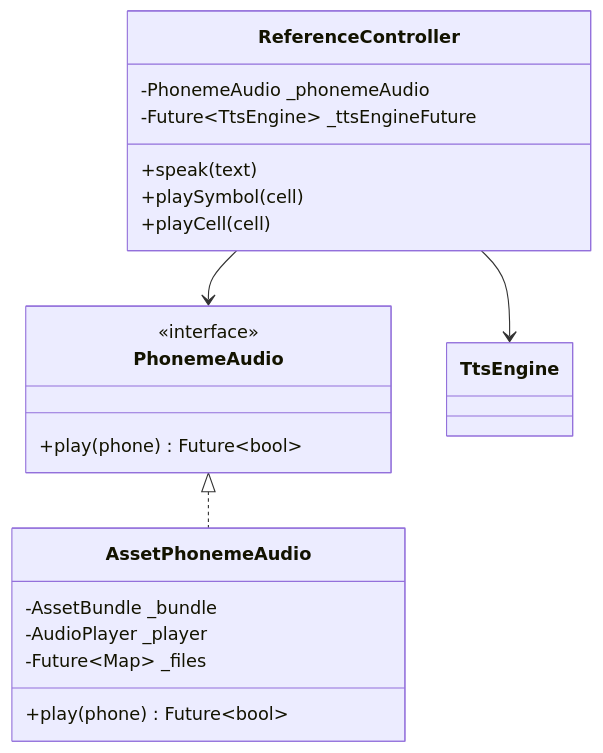
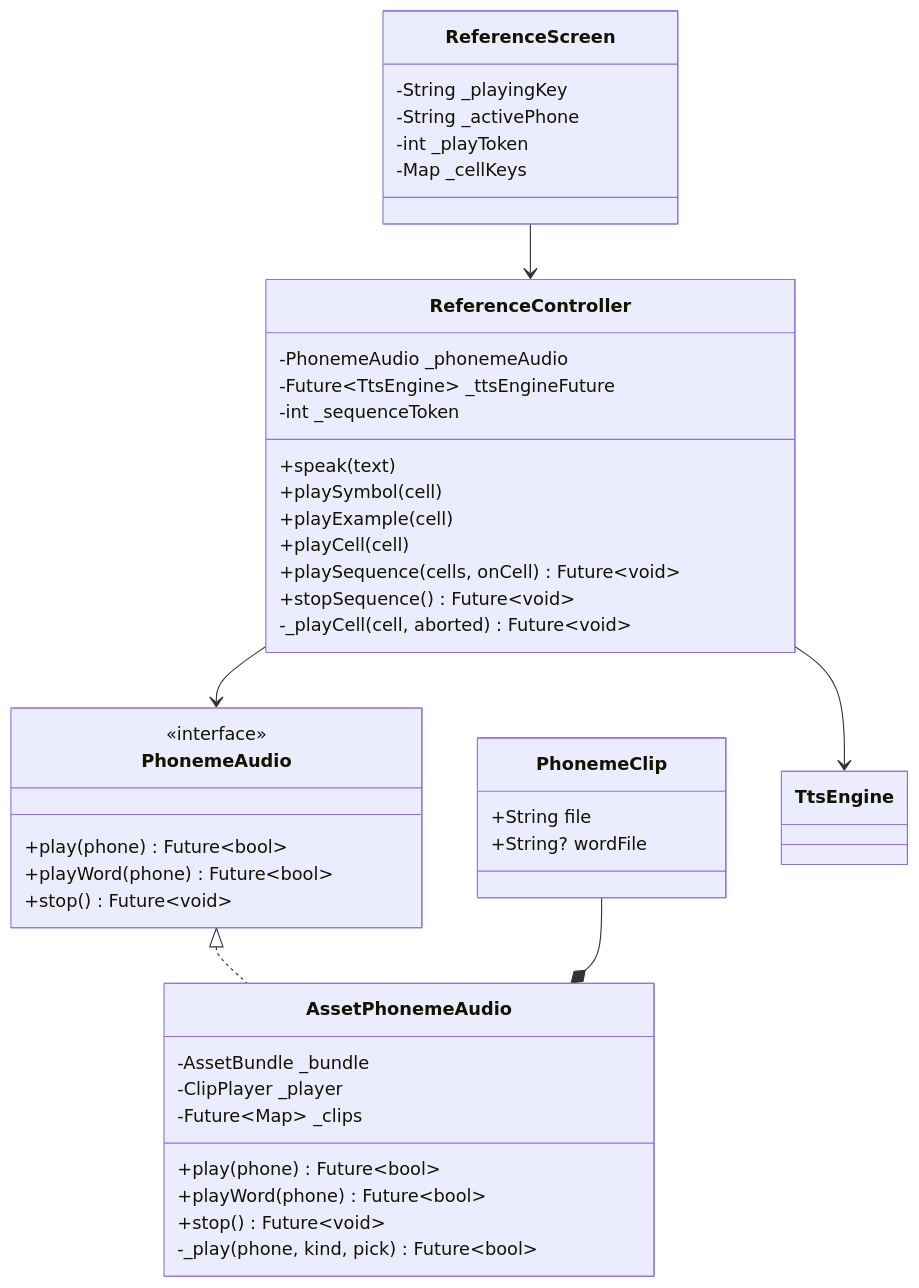
Before and after one commit to kindywu/contexta: the third of 5 diagrams in impl/app/flutter/docs/phoneme-audio.md, drawn with Mermaid. The commit also changed other lines of this file and 159 other files, not shown here.

````diff
--- a/impl/app/flutter/docs/phoneme-audio.md
+++ b/impl/app/flutter/docs/phoneme-audio.md
@@ -62,23 +78,45 @@
 ```mermaid
 classDiagram
     class PhonemeAudio {
         <<interface>>
         +play(phone) Future~bool~
+        +playWord(phone) Future~bool~
+        +stop() Future~void~
+    }
+    class PhonemeClip {
+        +String file
+        +String? wordFile
     }
     class AssetPhonemeAudio {
         -AssetBundle _bundle
-        -AudioPlayer _player
-        -Future~Map~ _files
+        -ClipPlayer _player
+        -Future~Map~ _clips
         +play(phone) Future~bool~
+        +playWord(phone) Future~bool~
+        +stop() Future~void~
+        -_play(phone, kind, pick) Future~bool~
     }
     class ReferenceController {
         -PhonemeAudio _phonemeAudio
         -Future~TtsEngine~ _ttsEngineFuture
+        -int _sequenceToken
         +speak(text)
         +playSymbol(cell)
+        +playExample(cell)
         +playCell(cell)
+        +playSequence(cells, onCell) Future~void~
+        +stopSequence() Future~void~
+        -_playCell(cell, aborted) Future~void~
+    }
+    class ReferenceScreen {
+        -String _playingKey
+        -String _activePhone
+        -int _playToken
+        -Map _cellKeys
     }
     PhonemeAudio <|.. AssetPhonemeAudio
+    PhonemeClip --* AssetPhonemeAudio
     ReferenceController --> PhonemeAudio
     ReferenceController --> TtsEngine
+    ReferenceScreen --> ReferenceController
 ```
````
